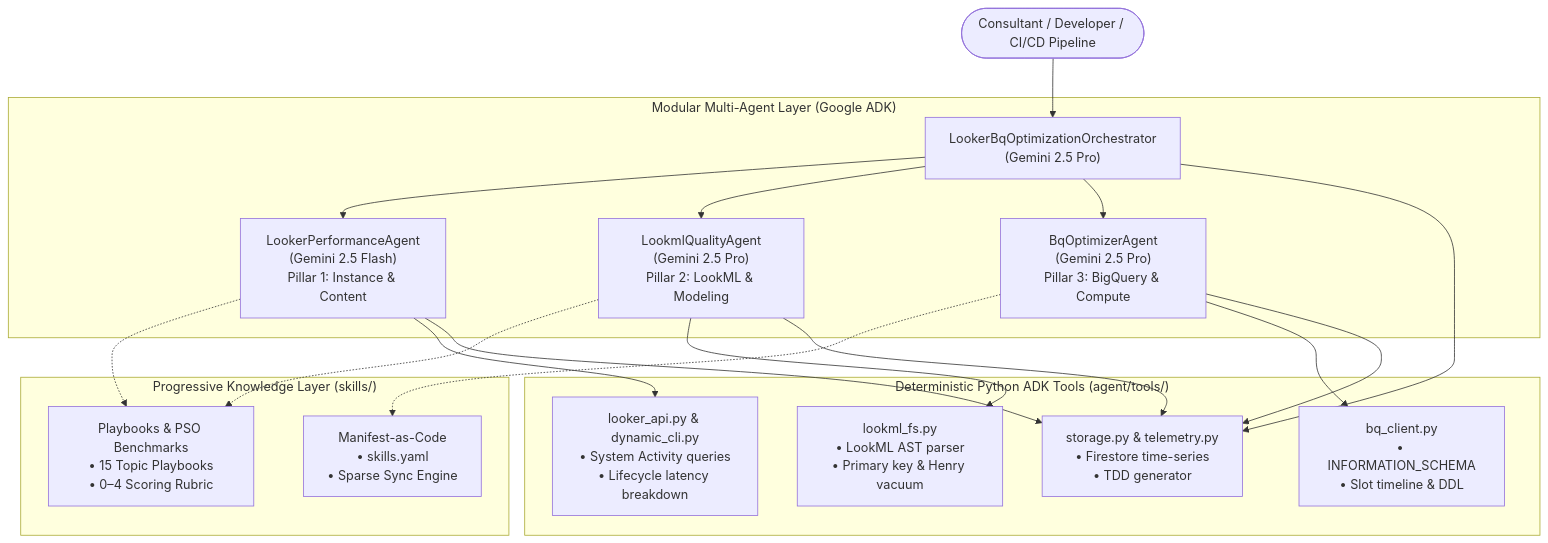
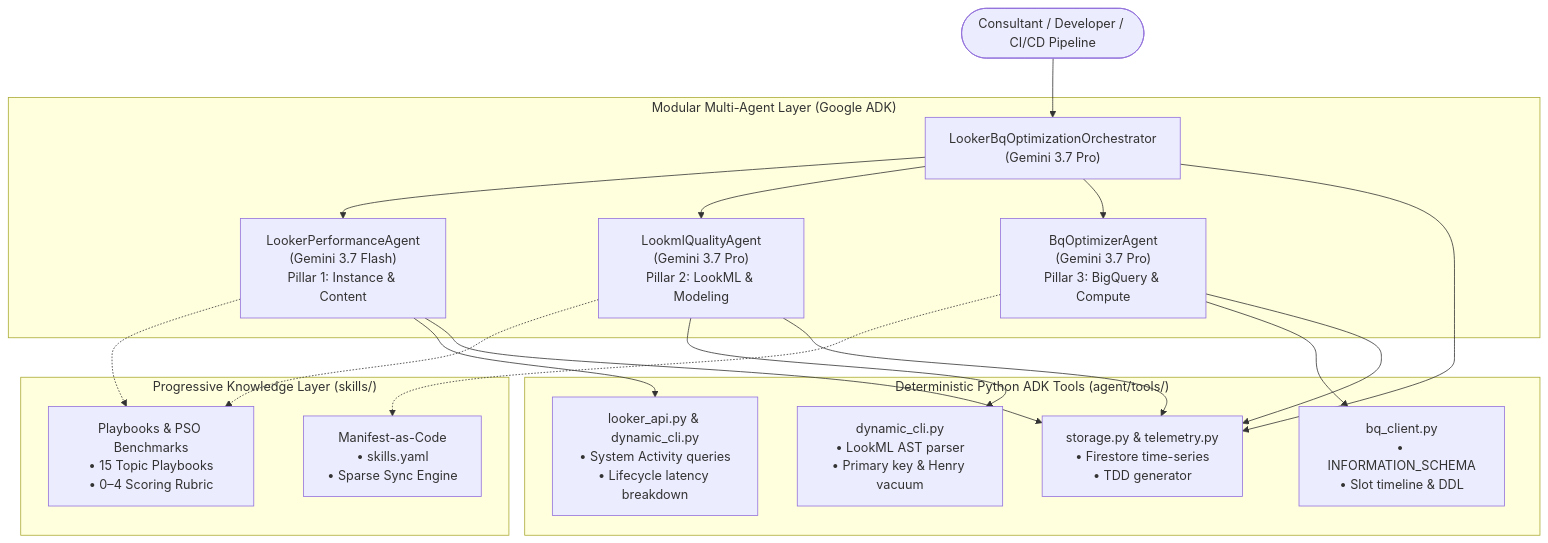
Before and after one commit to sam-pitcher/looker-healthcheck-skills: the diagram in ARCHITECTURE_AND_USER_GUIDE.md, drawn with Mermaid. The commit also changed other lines of this file and 5 other files, not shown here.

Commit message:
docs: purge all legacy references to lookml_fs and Gemini 2.5, update README and architecture docs with Gemini 3.7 and unified dynamic_cli primitives

````diff
--- a/ARCHITECTURE_AND_USER_GUIDE.md
+++ b/ARCHITECTURE_AND_USER_GUIDE.md
@@ -37,34 +37,34 @@
 ```mermaid
 graph TD
-    USER(["Consultant / Developer / CI/CD Pipeline"]) --> ROOT["LookerBqOptimizationOrchestrator<br/>(Gemini 2.5 Pro)"]
+    USER(["Consultant / Developer / CI/CD Pipeline"]) --> ROOT["LookerBqOptimizationOrchestrator<br/>(Gemini 3.7 Pro)"]
 
     subgraph Multi_Agent_Layer["Modular Multi-Agent Layer (Google ADK)"]
-        ROOT --> P1["LookerPerformanceAgent<br/>(Gemini 2.5 Flash)<br/>Pillar 1: Instance & Content"]
-        ROOT --> P2["LookmlQualityAgent<br/>(Gemini 2.5 Pro)<br/>Pillar 2: LookML & Modeling"]
-        ROOT --> P3["BqOptimizerAgent<br/>(Gemini 2.5 Pro)<br/>Pillar 3: BigQuery & Compute"]
+        ROOT --> P1["LookerPerformanceAgent<br/>(Gemini 3.7 Flash)<br/>Pillar 1: Instance & Content"]
+        ROOT --> P2["LookmlQualityAgent<br/>(Gemini 3.7 Pro)<br/>Pillar 2: LookML & Modeling"]
+        ROOT --> P3["BqOptimizerAgent<br/>(Gemini 3.7 Pro)<br/>Pillar 3: BigQuery & Compute"]
     end
 
     subgraph Progressive_Knowledge["Progressive Knowledge Layer (skills/)"]
         S1["Playbooks & PSO Benchmarks<br/>• 15 Topic Playbooks<br/>• 0–4 Scoring Rubric"]
         S2["Manifest-as-Code<br/>• skills.yaml<br/>• Sparse Sync Engine"]
     end
 
     subgraph Deterministic_Tools["Deterministic Python ADK Tools (agent/tools/)"]
         T1["looker_api.py & dynamic_cli.py<br/>• System Activity queries<br/>• Lifecycle latency breakdown"]
-        T2["lookml_fs.py<br/>• LookML AST parser<br/>• Primary key & Henry vacuum"]
+        T2["dynamic_cli.py<br/>• LookML AST parser<br/>• Primary key & Henry vacuum"]
         T3["bq_client.py<br/>• INFORMATION_SCHEMA<br/>• Slot timeline & DDL"]
         T4["storage.py & telemetry.py<br/>• Firestore time-series<br/>• TDD generator"]
     end
 
     P1 -.-> S1
     P2 -.-> S1
     P3 -.-> S2
 
     P1 --> T1
     P2 --> T2
     P3 --> T3
     ROOT --> T4
     P1 --> T4
     P2 --> T4
     P3 --> T4
 ```
````
